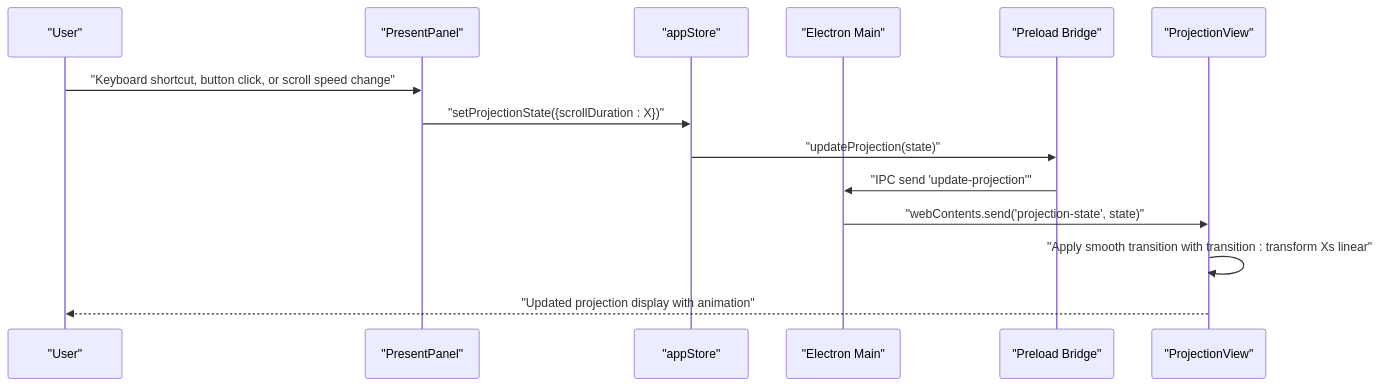
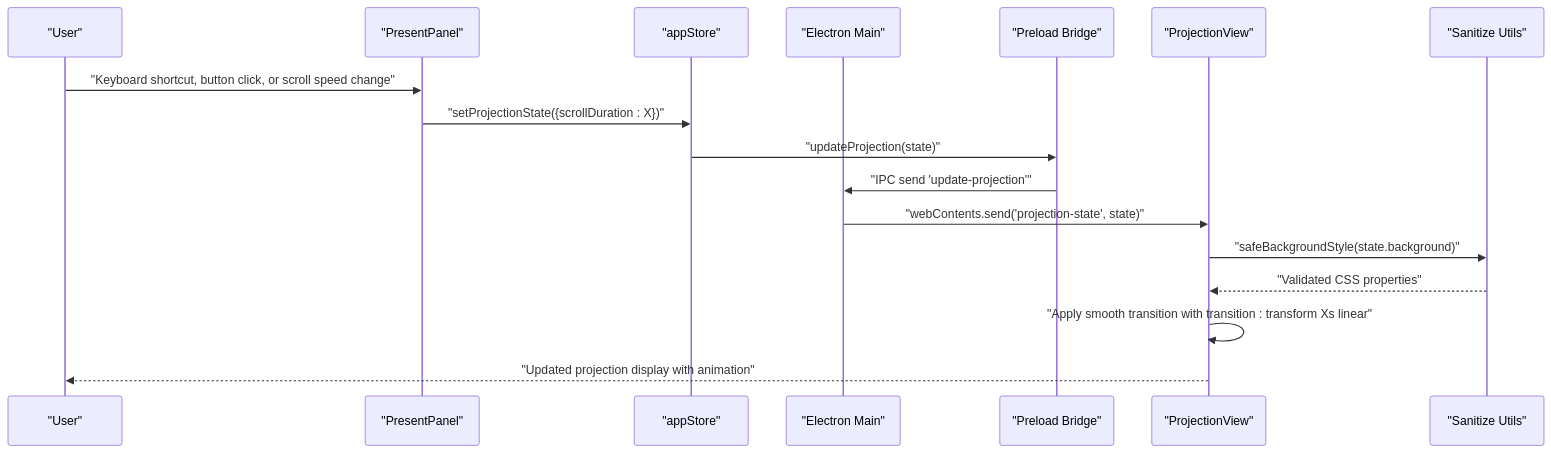
Before and after one commit to jimmywyk/lyricdeck: the second of 4 diagrams in .qoder/repowiki/en/content/Architecture Overview/Component Architecture/Presentation Panel.md, drawn with Mermaid. The commit also changed other lines of this file and 12 other files, not shown here.

````diff
--- a/.qoder/repowiki/en/content/Architecture Overview/Component Architecture/Presentation Panel.md
+++ b/.qoder/repowiki/en/content/Architecture Overview/Component Architecture/Presentation Panel.md
@@ -129,16 +140,19 @@
 ```mermaid
 sequenceDiagram
 participant User as "User"
 participant PP as "PresentPanel"
 participant Store as "appStore"
 participant Main as "Electron Main"
 participant Preload as "Preload Bridge"
 participant PV as "ProjectionView"
+participant Sanitize as "Sanitize Utils"
 User->>PP : "Keyboard shortcut, button click, or scroll speed change"
 PP->>Store : "setProjectionState({scrollDuration : X})"
 Store->>Preload : "updateProjection(state)"
 Preload->>Main : "IPC send 'update-projection'"
 Main->>PV : "webContents.send('projection-state', state)"
+PV->>Sanitize : "safeBackgroundStyle(state.background)"
+Sanitize-->>PV : "Validated CSS properties"
 PV->>PV : "Apply smooth transition with transition : transform Xs linear"
 PV-->>User : "Updated projection display with animation"
 ```
````
